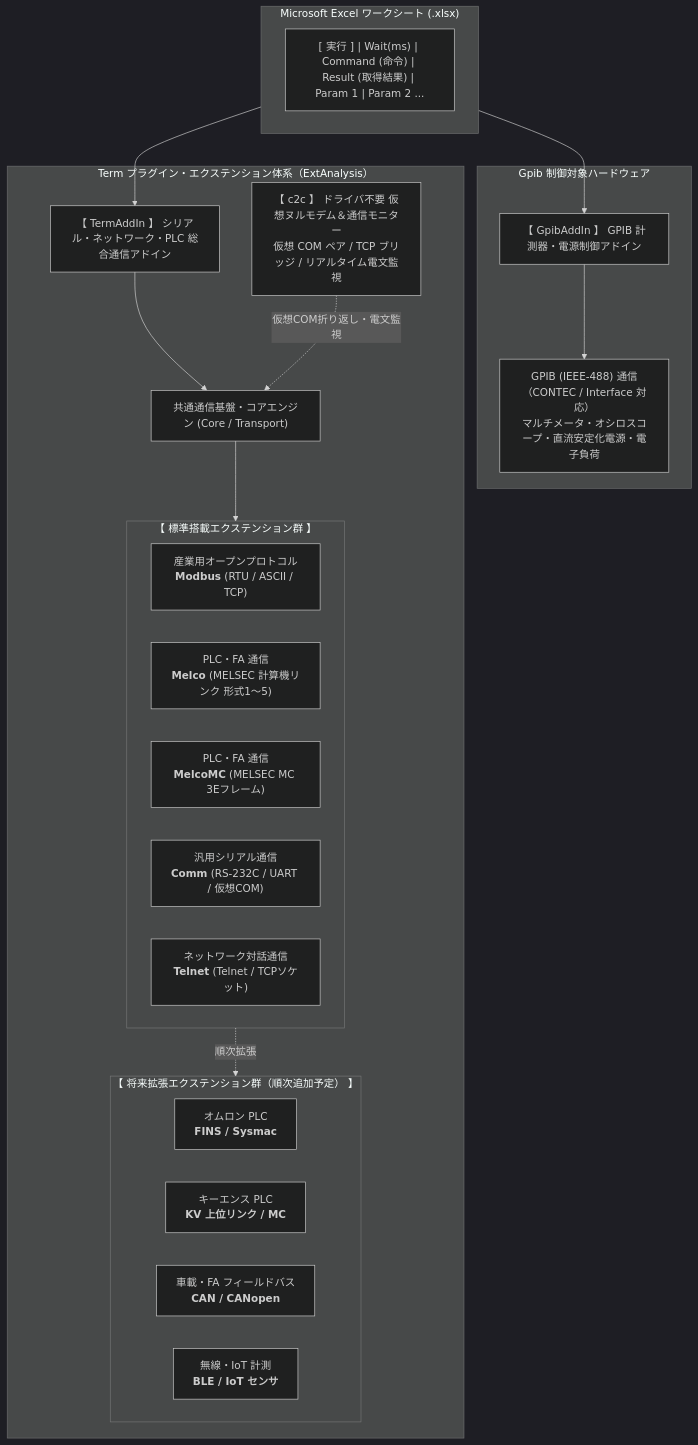
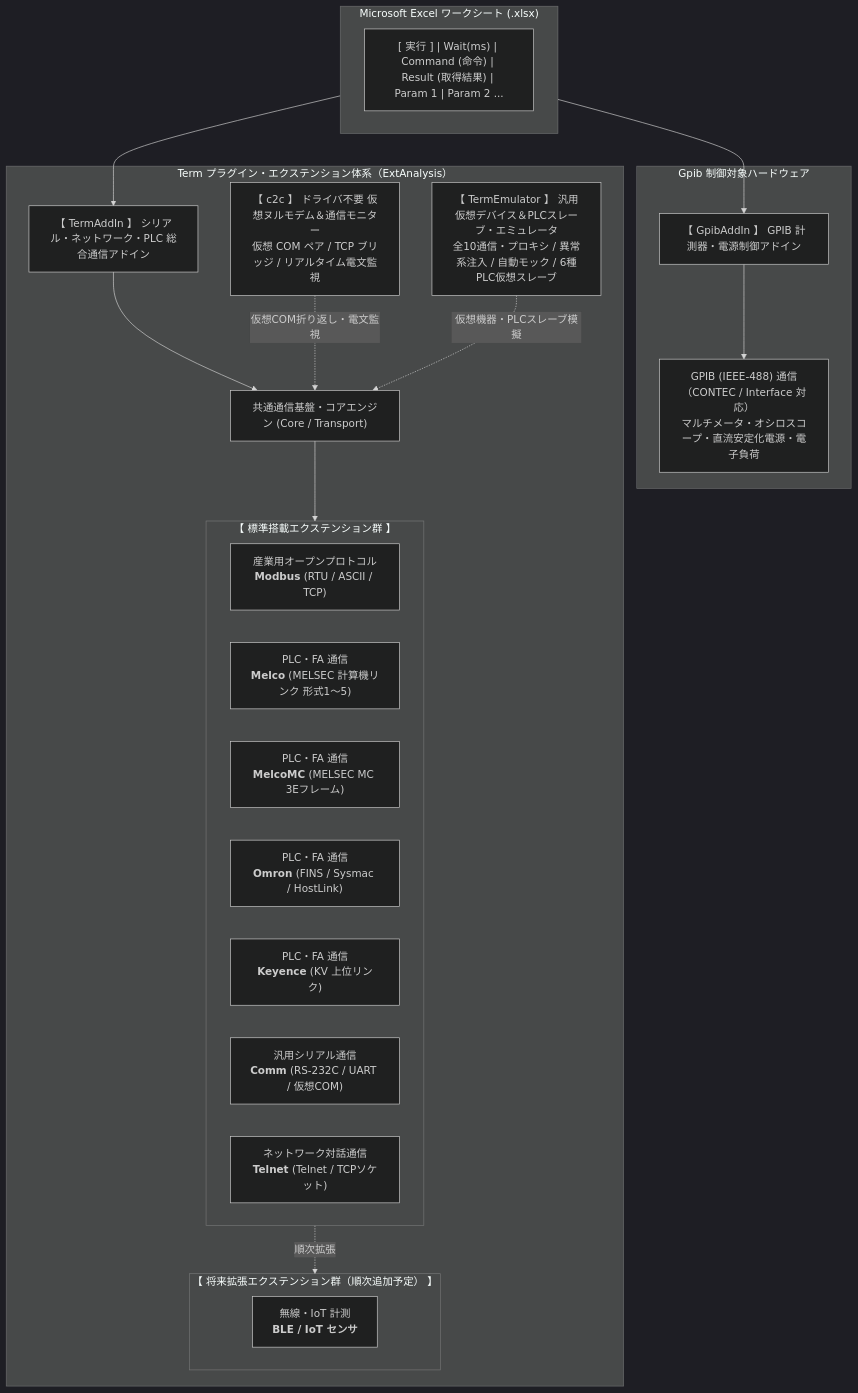
One commit to Monaca-App/store changed the diagram in README.md. Above: the diagram before and after it, drawn with Mermaid (dark theme). The commit also changed other lines of this file, not shown here.

````diff
--- a/README.md
+++ b/README.md
@@ -22,38 +22,38 @@
 ```mermaid
 flowchart TD
     subgraph Excel ["Microsoft Excel ワークシート (.xlsx)"]
         Row["[ 実行 ] | Wait(ms) | Command (命令) | Result (取得結果) | Param 1 | Param 2 ..."]
     end
 
     Excel --> Gpib["【 GpibAddIn 】 GPIB 計測器・電源制御アドイン"]
     Excel --> Term["【 TermAddIn 】 シリアル・ネットワーク・PLC 総合通信アドイン"]
 
     subgraph GpibDetails ["Gpib 制御対象ハードウェア"]
         Gpib --> GpibDev["GPIB (IEEE-488) 通信（CONTEC / Interface 対応）<br>マルチメータ・オシロスコープ・直流安定化電源・電子負荷"]
     end
 
     subgraph TermArchitecture ["Term プラグイン・エクステンション体系（ExtAnalysis）"]
         Term --> TermCore["共通通信基盤・コアエンジン (Core / Transport)"]
         C2C["【 c2c 】 ドライバ不要 仮想ヌルモデム＆通信モニター<br/>仮想 COM ペア / TCP ブリッジ / リアルタイム電文監視"] -. 仮想COM折り返し・電文監視 .-> TermCore
+        TermEmu["【 TermEmulator 】 汎用仮想デバイス＆PLCスレーブ・エミュレータ<br/>全10通信・プロキシ / 異常系注入 / 自動モック / 6種PLC仮想スレーブ"] -. 仮想機器・PLCスレーブ模擬 .-> TermCore
 
         TermCore --> ExtStandard
         ExtStandard -. 順次拡張 .-> ExtFuture
 
         subgraph ExtStandard ["【 標準搭載エクステンション群 】"]
             direction LR
             Modbus["産業用オープンプロトコル<br><b>Modbus</b> (RTU / ASCII / TCP)"]
             Melco["PLC・FA 通信<br><b>Melco</b> (MELSEC 計算機リンク 形式1〜5)"]
             MelcoMC["PLC・FA 通信<br><b>MelcoMC</b> (MELSEC MC 3Eフレーム)"]
+            OMRON["PLC・FA 通信<br><b>Omron</b> (FINS / Sysmac / HostLink)"]
+            KEYENCE["PLC・FA 通信<br><b>Keyence</b> (KV 上位リンク)"]
             Comm["汎用シリアル通信<br><b>Comm</b> (RS-232C / UART / 仮想COM)"]
             Telnet["ネットワーク対話通信<br><b>Telnet</b> (Telnet / TCPソケット)"]
         end
 
         subgraph ExtFuture ["【 将来拡張エクステンション群（順次追加予定） 】"]
             direction LR
-            OMRON["オムロン PLC<br><b>FINS / Sysmac</b>"]
-            KEYENCE["キーエンス PLC<br><b>KV 上位リンク / MC</b>"]
-            CAN["車載・FA フィールドバス<br><b>CAN / CANopen</b>"]
             IoT["無線・IoT 計測<br><b>BLE / IoT センサ</b>"]
         end
     end
 ```
````
